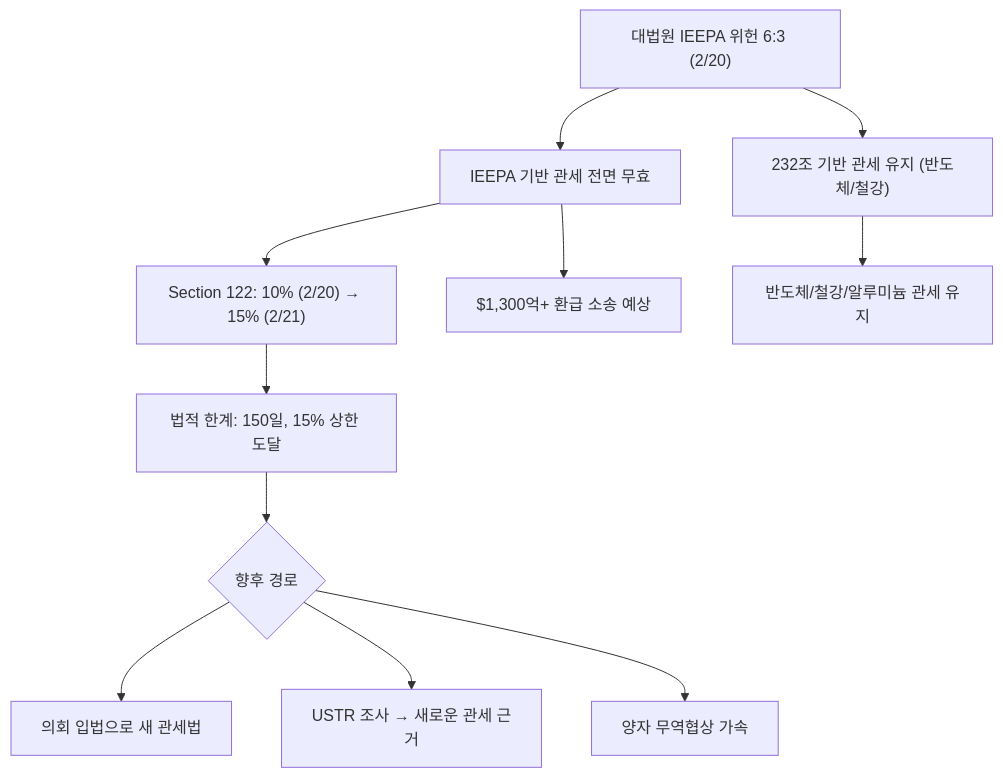
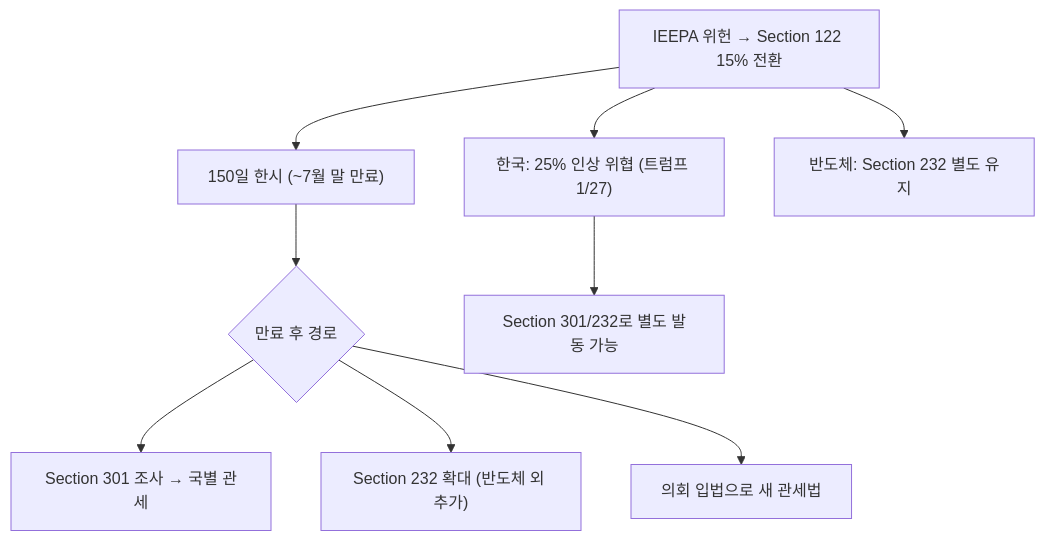
The second of 2 diagrams in _posts/knowledge/invest/2026-01-21-macroeconomic-policy-sector-outlook-2026.md (dss99911/dss99911.github.io), drawn with Mermaid before and after one commit. The commit also changed other lines of this file and 15 other files, not shown here.

````diff
--- a/_posts/knowledge/invest/2026-01-21-macroeconomic-policy-sector-outlook-2026.md
+++ b/_posts/knowledge/invest/2026-01-21-macroeconomic-policy-sector-outlook-2026.md
@@ -298,13 +267,11 @@
 ```mermaid
 graph TD
-    A["대법원 IEEPA 위헌 6:3 (2/20)"] --> B["IEEPA 기반 관세 전면 무효"]
-    A --> C["232조 기반 관세 유지 (반도체/철강)"]
-    B --> D["Section 122: 10% (2/20) → 15% (2/21)"]
-    D --> E["법적 한계: 150일, 15% 상한 도달"]
-    E --> F{"향후 경로"}
-    F --> G["의회 입법으로 새 관세법"]
-    F --> H["USTR 조사 → 새로운 관세 근거"]
-    F --> I["양자 무역협상 가속"]
-    C --> J["반도체/철강/알루미늄 관세 유지"]
-    B --> K["$1,300억+ 환급 소송 예상"]
+    A["IEEPA 위헌 → Section 122 15% 전환"] --> B["150일 한시 (~7월 말 만료)"]
+    B --> C{"만료 후 경로"}
+    C --> D["Section 301 조사 → 국별 관세"]
+    C --> E["Section 232 확대 (반도체 외 추가)"]
+    C --> F["의회 입법으로 새 관세법"]
+    A --> G["한국: 25% 인상 위협 (트럼프 1/27)"]
+    G --> H["Section 301/232로 별도 발동 가능"]
+    A --> I["반도체: Section 232 별도 유지"]
 ```
````
